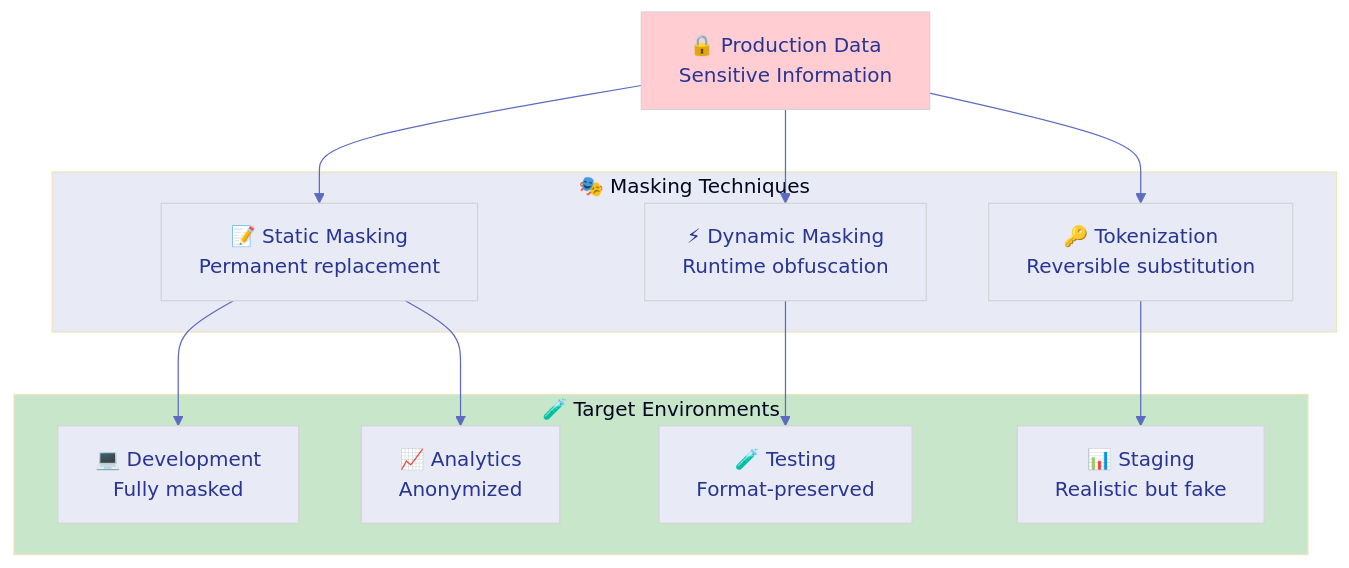
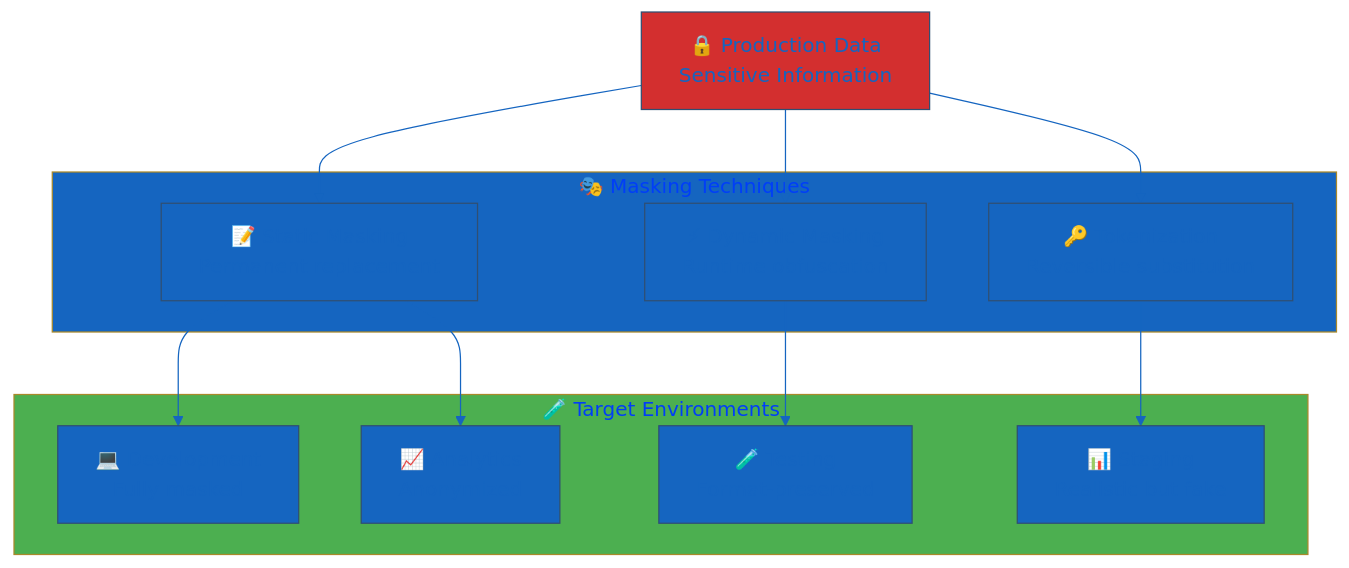
One commit to Hack23/ISMS-PUBLIC changed the seventh of 10 diagrams in Data_Classification_Policy.md. Above: the diagram before and after it, drawn with Mermaid. The commit also changed other lines of this file and 35 other files, not shown here.

````diff
--- a/Data_Classification_Policy.md
+++ b/Data_Classification_Policy.md
@@ -606,42 +606,42 @@
 ```mermaid
 %%{
   init: {
     'theme': 'base',
     'themeVariables': {
-      'primaryColor': '#e8eaf6',
-      'primaryTextColor': '#283593',
-      'lineColor': '#5c6bc0',
-      'secondaryColor': '#f1f8e9',
-      'tertiaryColor': '#fff8e1'
+      'primaryColor': '#1565C0',
+      'primaryTextColor': '#1565C0',
+      'lineColor': '#1565C0',
+      'secondaryColor': '#4CAF50',
+      'tertiaryColor': '#FFC107'
     }
   }
 }%%
 flowchart TD
     PROD[🔒 Production Data<br/>Sensitive Information]
     
     subgraph MASKING["🎭 Masking Techniques"]
         STATIC[📝 Static Masking<br/>Permanent replacement]
         DYNAMIC[⚡ Dynamic Masking<br/>Runtime obfuscation]
         TOKENIZE[🔑 Tokenization<br/>Reversible substitution]
     end
     
     subgraph ENVIRONMENTS["🧪 Target Environments"]
         DEV[💻 Development<br/>Fully masked]
         TEST[🧪 Testing<br/>Format-preserved]
         STAGE[📊 Staging<br/>Realistic but fake]
         ANALYTICS[📈 Analytics<br/>Anonymized]
     end
     
     PROD --> STATIC
     PROD --> DYNAMIC
     PROD --> TOKENIZE
     
     STATIC --> DEV
     DYNAMIC --> TEST
     TOKENIZE --> STAGE
     STATIC --> ANALYTICS
     
-    style PROD fill:#ffcdd2
-    style MASKING fill:#e8eaf6
-    style ENVIRONMENTS fill:#c8e6c9
+    style PROD fill:#D32F2F
+    style MASKING fill:#1565C0
+    style ENVIRONMENTS fill:#4CAF50
 ```
````
